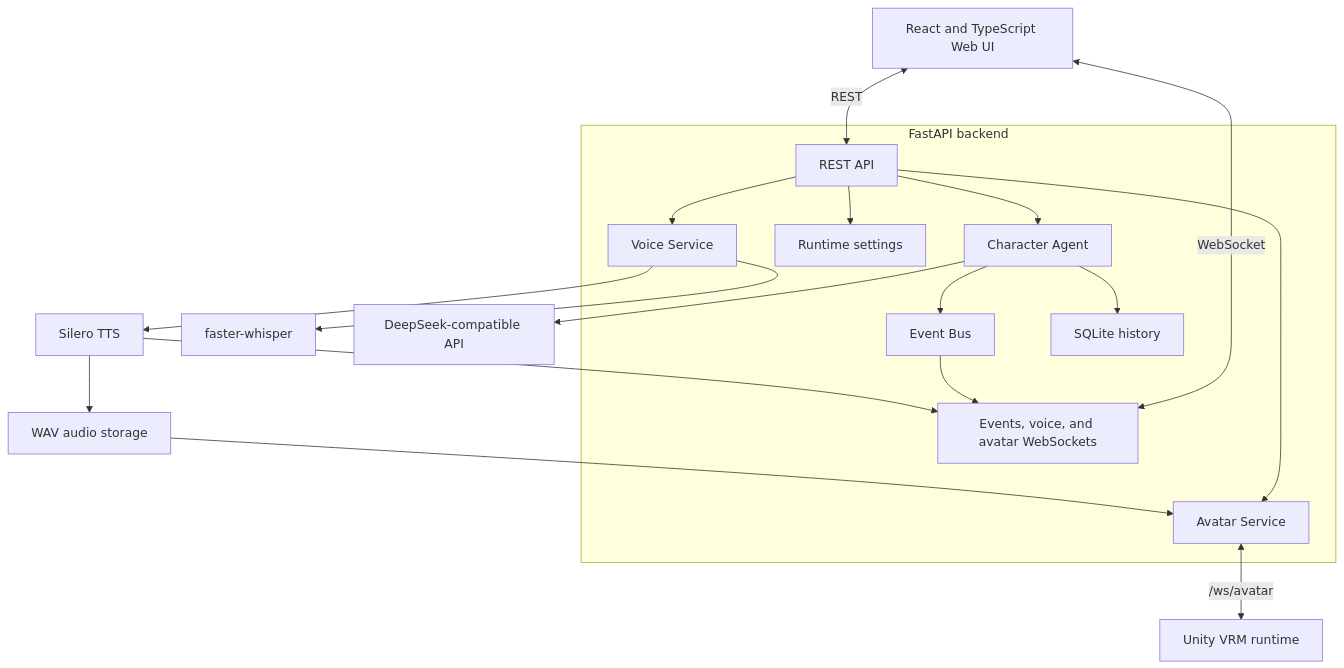
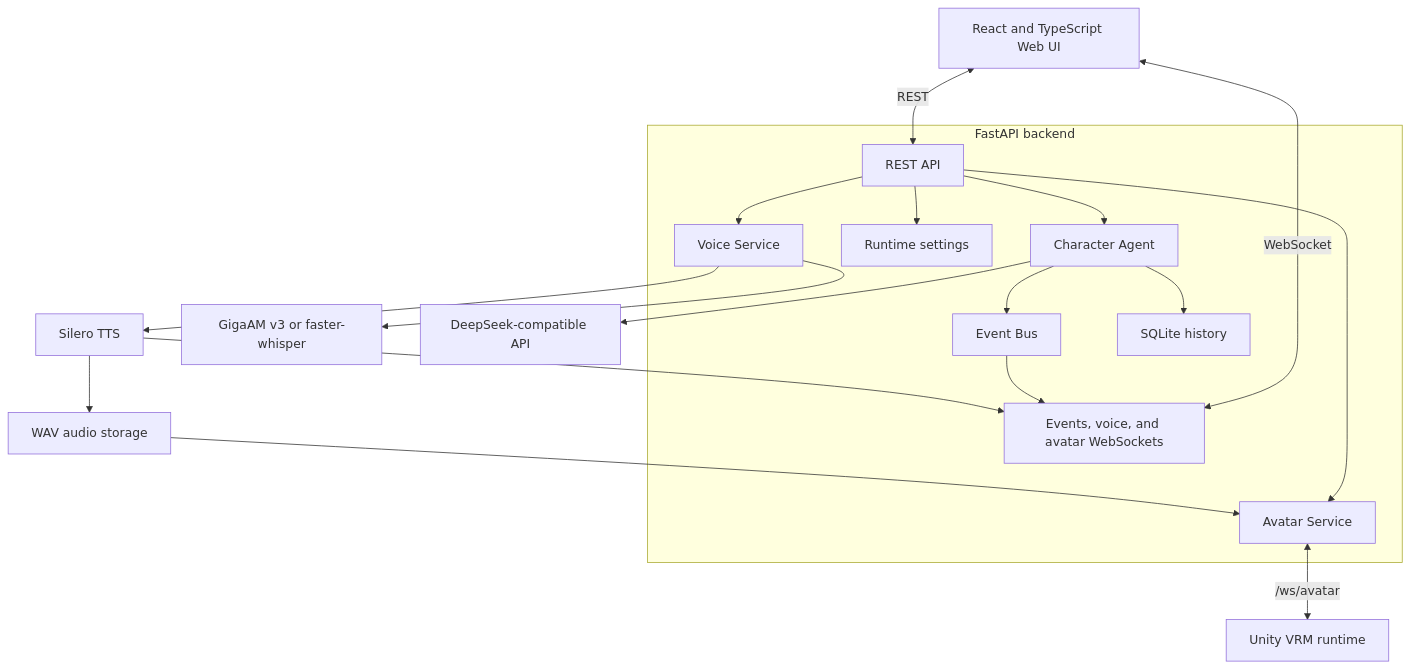
The second of 2 diagrams in README.md (bad1and/NeuroAsist), drawn with Mermaid before and after one commit. The commit also changed other lines of this file and 9 other files, not shown here.

````diff
--- a/README.md
+++ b/README.md
@@ -310,38 +312,38 @@
 ```mermaid
 flowchart TB
     UI[React and TypeScript Web UI]
 
     subgraph Backend[FastAPI backend]
         API[REST API]
         WS[Events, voice, and avatar WebSockets]
         Agent[Character Agent]
         Runtime[Runtime settings]
         Events[Event Bus]
         Voice[Voice Service]
         Avatar[Avatar Service]
         History[SQLite history]
     end
 
-    STT[faster-whisper]
+    STT[GigaAM v3 or faster-whisper]
     LLM[DeepSeek-compatible API]
     TTS[Silero TTS]
     Audio[WAV audio storage]
     Unity[Unity VRM runtime]
 
     UI <-->|REST| API
     UI <-->|WebSocket| WS
     API --> Agent
     API --> Voice
     API --> Runtime
     API --> Avatar
     Agent --> History
     Agent --> LLM
     Agent --> Events
     Voice --> STT
     Voice --> TTS
     TTS --> Audio
     Audio --> Avatar
     Avatar <-->|/ws/avatar| Unity
     Events --> WS
     TTS --> WS
 ```
````
